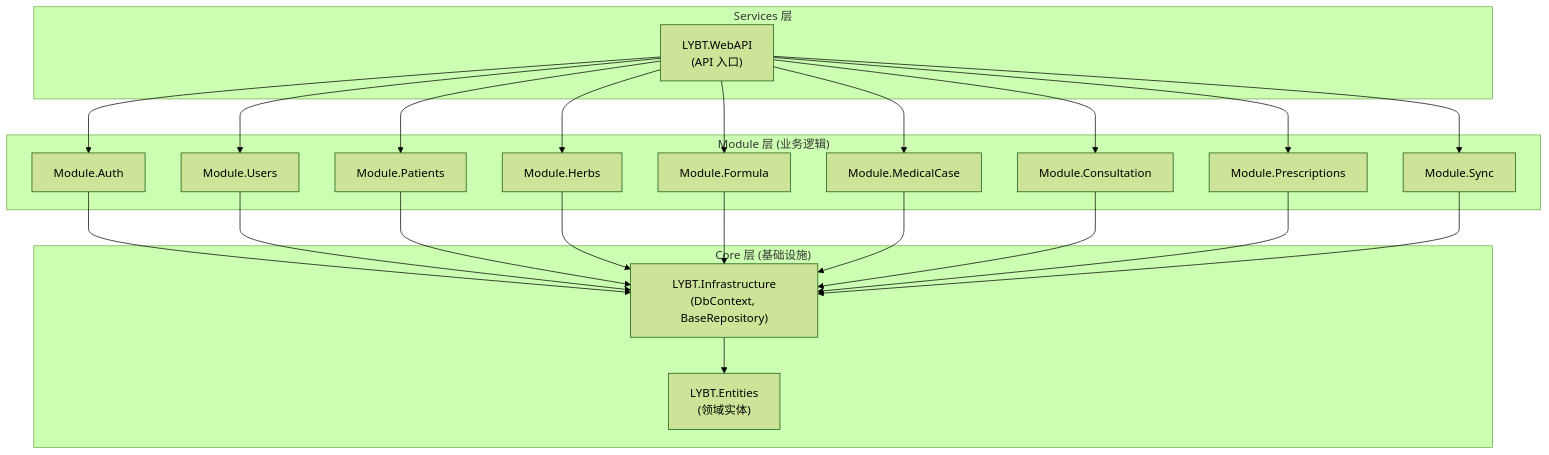
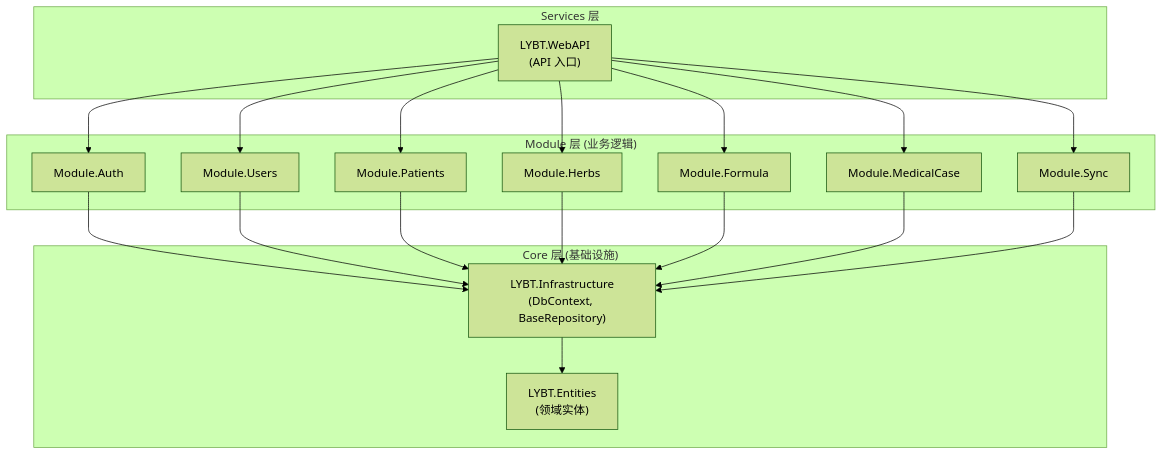
One commit to shouqitao/LYBTZYZS changed the first of 2 diagrams in docs/03-architecture/server.md. Above: the diagram before and after it, drawn with Mermaid (forest theme). The commit also changed other lines of this file and 13 other files, not shown here.

First line of the commit message:
docs: update requirements and architecture docs for audit remediation

````diff
--- a/docs/03-architecture/server.md
+++ b/docs/03-architecture/server.md
@@ -9,27 +9,25 @@
 ```mermaid
 graph TB
     subgraph Services["Services 层"]
         WebAPI["LYBT.WebAPI<br>(API 入口)"]
     end
 
     subgraph Modules["Module 层 (业务逻辑)"]
         Auth["Module.Auth"]
         Users["Module.Users"]
         Patients["Module.Patients"]
         Herbs["Module.Herbs"]
         Formula["Module.Formula"]
         MC["Module.MedicalCase"]
-        Consultation["Module.Consultation"]
-        Prescriptions["Module.Prescriptions"]
         Sync["Module.Sync"]
     end
 
     subgraph Core["Core 层 (基础设施)"]
         Infra["LYBT.Infrastructure<br>(DbContext, BaseRepository)"]
         Entities["LYBT.Entities<br>(领域实体)"]
     end
 
-    WebAPI --> Auth & Users & Patients & Herbs & Formula & MC & Consultation & Prescriptions & Sync
-    Auth & Users & Patients & Herbs & Formula & MC & Consultation & Prescriptions & Sync --> Infra
+    WebAPI --> Auth & Users & Patients & Herbs & Formula & MC & Sync
+    Auth & Users & Patients & Herbs & Formula & MC & Sync --> Infra
     Infra --> Entities
 ```
````
